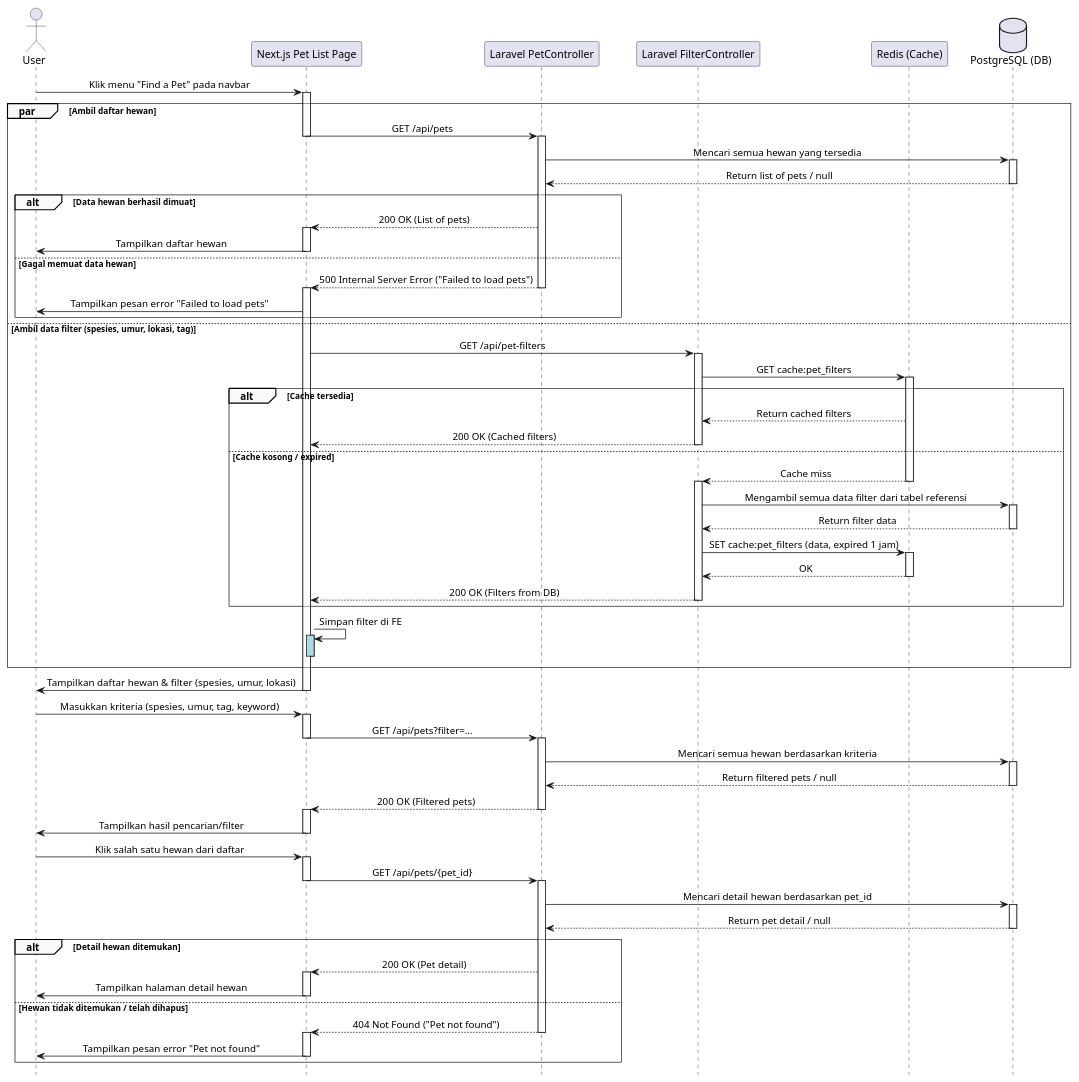
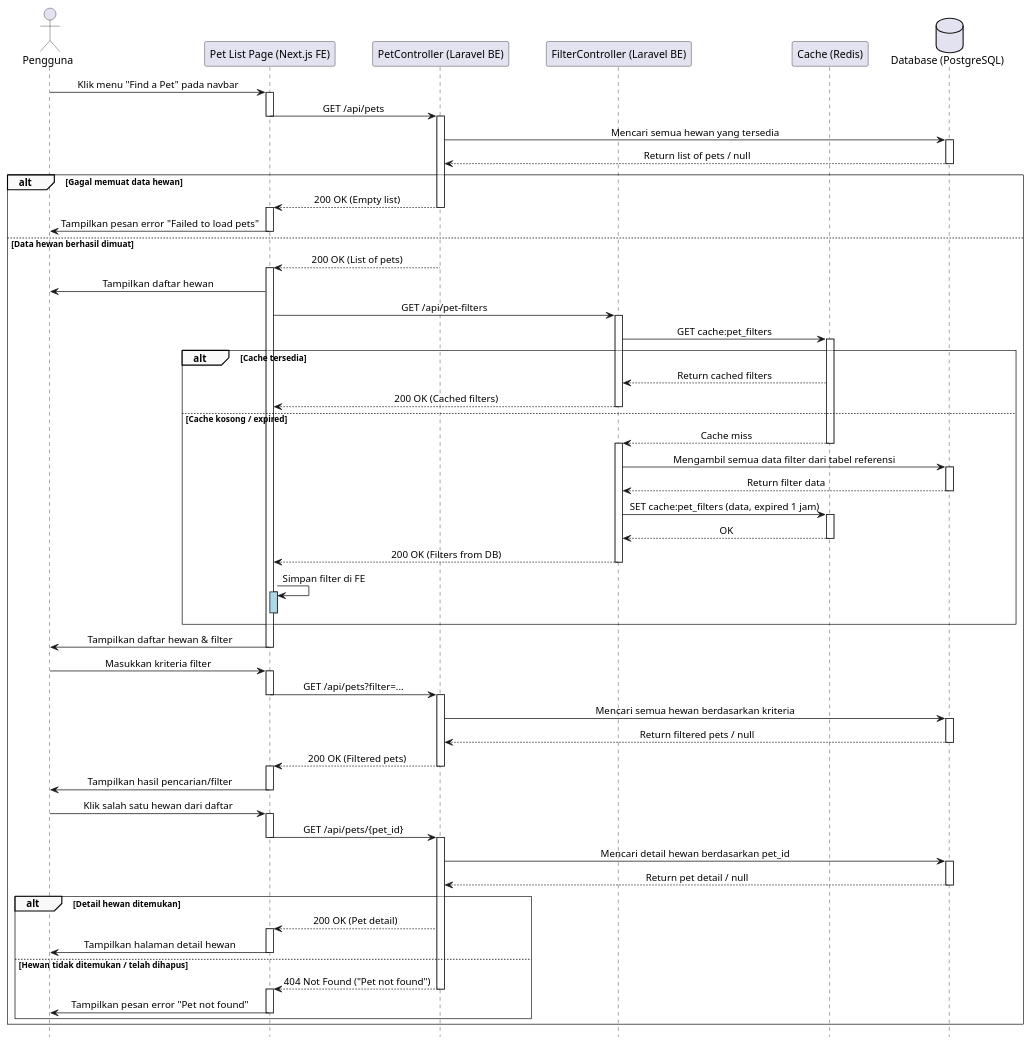
Before and after one commit to fadhel-rizanda/skripsi-plantuml: the diagram in MelihatHewan.plantuml, drawn with PlantUML. The commit also changed 30 other files, not shown here.

```diff
--- a/MelihatHewan.plantuml
+++ b/MelihatHewan.plantuml
@@ -1,122 +1,121 @@
 @startuml
 ' === Styling ===
 skinparam sequence {
     LifelineFooterStrategy none
     MessageAlign center
     ArrowThickness 1
     ParticipantPadding 20
     GroupBorderThickness 0.5
     GroupBackgroundColor #F9F9F9
 }
 hide footbox
 
 ' === Participants ===
-actor User
-participant "Next.js Pet List Page" as FE
-participant "Laravel PetController" as BE_Pet
-participant "Laravel FilterController" as BE_Filter
-participant "Redis (Cache)" as Redis
-database "PostgreSQL (DB)" as DB
+actor Pengguna
+participant "Pet List Page (Next.js FE)" as FE
+participant "PetController (Laravel BE)" as BE_Pet
+participant "FilterController (Laravel BE)" as BE_Filter
+participant "Cache (Redis)" as Redis
+database "Database (PostgreSQL)" as DB
 
 ' === Normal Flow: Melihat Daftar Hewan ===
-User -> FE: Klik menu "Find a Pet" pada navbar
+Pengguna -> FE: Klik menu "Find a Pet" pada navbar
 activate FE
 
 ' --- Paralel Request ---
-par Ambil daftar hewan
     FE -> BE_Pet: GET /api/pets
     deactivate FE
     activate BE_Pet
     BE_Pet -> DB: Mencari semua hewan yang tersedia
     activate DB
     DB --> BE_Pet: Return list of pets / null
     deactivate DB
 
-    alt Data hewan berhasil dimuat
-        BE_Pet --> FE: 200 OK (List of pets)
-        activate FE
-        FE -> User: Tampilkan daftar hewan
-        deactivate FE
-    else Gagal memuat data hewan
-        BE_Pet --> FE: 500 Internal Server Error ("Failed to load pets")
+    alt Gagal memuat data hewan
+        BE_Pet --> FE: 200 OK (Empty list)
         deactivate BE_Pet
         activate FE
-        FE -> User: Tampilkan pesan error "Failed to load pets"
-    end
+        FE -> Pengguna: Tampilkan pesan error "Failed to load pets"
+        deactivate FE
+    else Data hewan berhasil dimuat
+        BE_Pet --> FE: 200 OK (List of pets)
+        deactivate BE_Pet
+        activate FE
+        FE -> Pengguna: Tampilkan daftar hewan
 
-else Ambil data filter (spesies, umur, lokasi, tag)
     FE -> BE_Filter: GET /api/pet-filters
     activate BE_Filter
     BE_Filter -> Redis: GET cache:pet_filters
     activate Redis
 
     alt Cache tersedia
         Redis --> BE_Filter: Return cached filters
         BE_Filter --> FE: 200 OK (Cached filters)
         deactivate BE_Filter
     else Cache kosong / expired
         Redis --> BE_Filter: Cache miss
         deactivate Redis
         activate BE_Filter
         BE_Filter -> DB: Mengambil semua data filter dari tabel referensi
         activate DB
         DB --> BE_Filter: Return filter data
         deactivate DB
         BE_Filter -> Redis: SET cache:pet_filters (data, expired 1 jam)
         activate Redis
         Redis --> BE_Filter: OK
         deactivate Redis
         BE_Filter --> FE: 200 OK (Filters from DB)
         deactivate BE_Filter
-    end
     FE -> FE:Simpan filter di FE
     activate FE #LightBlue
     deactivate FE #LightBlue
 end
 
 activate FE
-FE -> User: Tampilkan daftar hewan & filter (spesies, umur, lokasi)
+FE -> Pengguna: Tampilkan daftar hewan & filter
 deactivate FE
 
 
 ' === Flow: Menggunakan Filter atau Pencarian ===
-User -> FE: Masukkan kriteria (spesies, umur, tag, keyword)
+Pengguna -> FE: Masukkan kriteria filter
 activate FE
 FE -> BE_Pet: GET /api/pets?filter=...
 deactivate FE
 activate BE_Pet
 BE_Pet -> DB: Mencari semua hewan berdasarkan kriteria
 activate DB
 DB --> BE_Pet: Return filtered pets / null
 deactivate DB
 BE_Pet --> FE: 200 OK (Filtered pets)
 deactivate BE_Pet
 activate FE
-FE -> User: Tampilkan hasil pencarian/filter
+FE -> Pengguna: Tampilkan hasil pencarian/filter
 deactivate FE
 
 
 ' === Flow: Melihat Detail Hewan ===
-User -> FE: Klik salah satu hewan dari daftar
+Pengguna -> FE: Klik salah satu hewan dari daftar
 activate FE
 FE -> BE_Pet: GET /api/pets/{pet_id}
 deactivate FE
 activate BE_Pet
 BE_Pet -> DB: Mencari detail hewan berdasarkan pet_id
 activate DB
 DB --> BE_Pet: Return pet detail / null
 deactivate DB
 
 alt Detail hewan ditemukan
     BE_Pet --> FE: 200 OK (Pet detail)
     activate FE
-    FE -> User: Tampilkan halaman detail hewan
+    FE -> Pengguna: Tampilkan halaman detail hewan
     deactivate FE
 else Hewan tidak ditemukan / telah dihapus
     BE_Pet --> FE: 404 Not Found ("Pet not found")
     deactivate BE_Pet
     activate FE
-    FE -> User: Tampilkan pesan error "Pet not found"
+    FE -> Pengguna: Tampilkan pesan error "Pet not found"
     deactivate FE
 end
+    end
+
 @enduml
```
